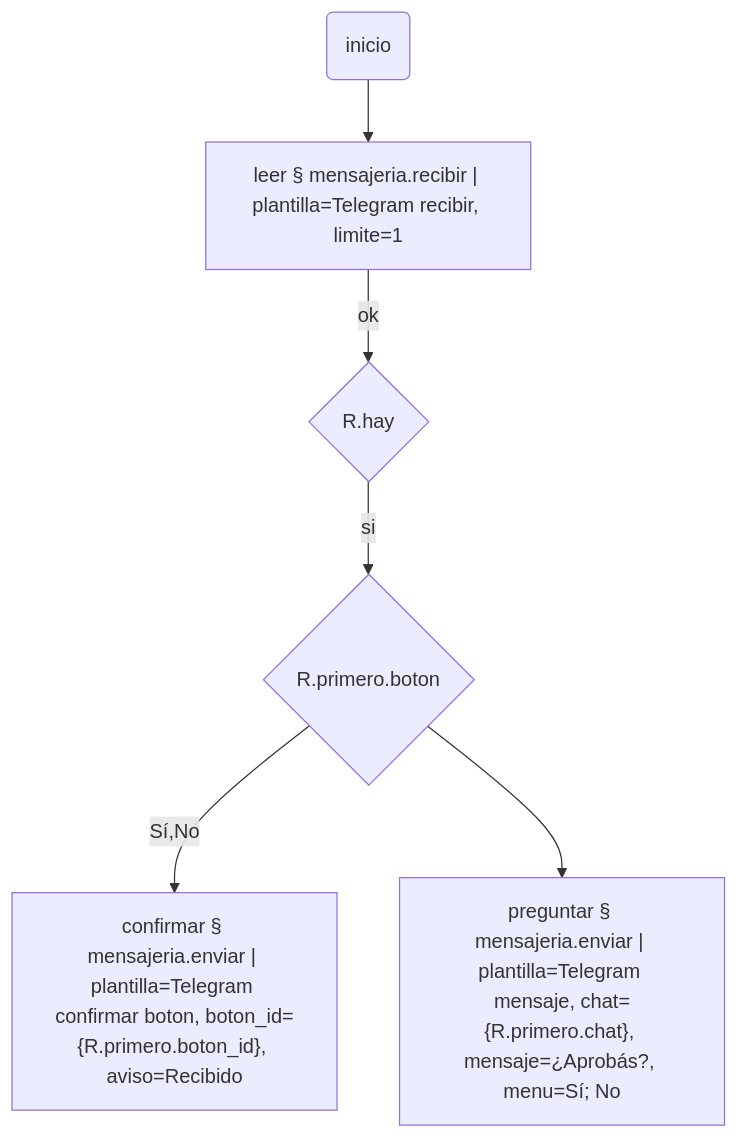
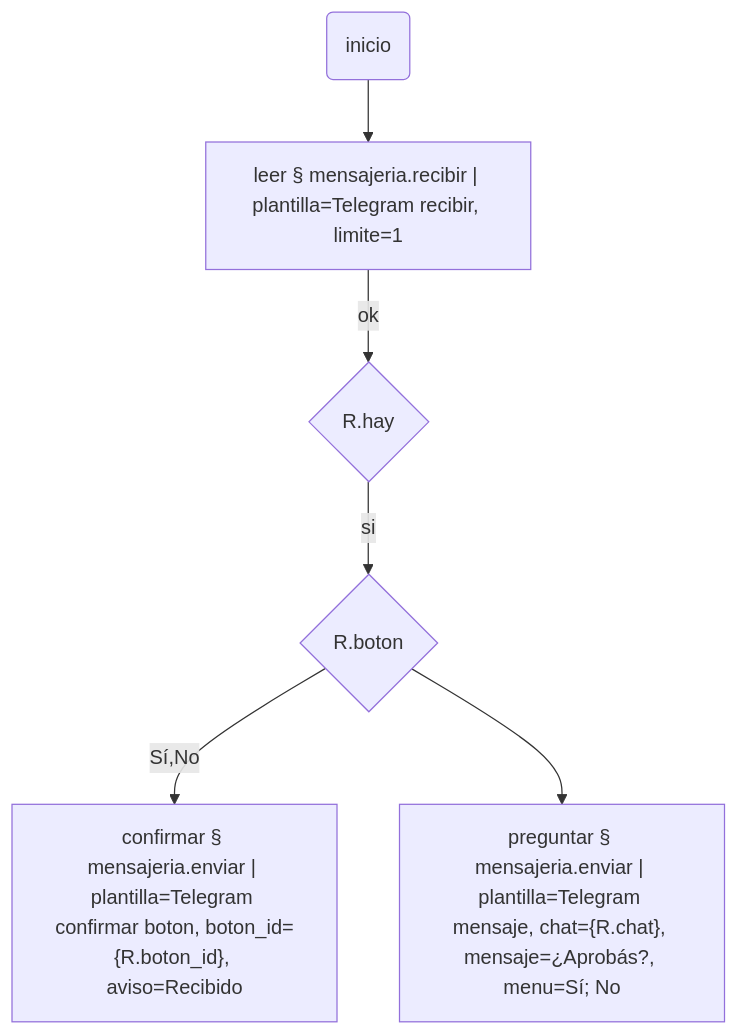
The diagram in mensajeria/README.md (EasyIndustry/workflow-bot-plugins), drawn with Mermaid before and after one commit. The commit also changed other lines of this file and 2 other files, not shown here.

Commit message:
mensajeria: recibir deja las columnas del primer mensaje sueltas
{chat}, {texto}, {boton}… en vez de {R.primero.chat}: es lo que un flujo usa
casi siempre y la tarjeta no mostraba cómo llegar. Son las columnas de
'salida' de la plantilla (extra_outputs), vacías si no llegó nada para que
un rombo sobre {boton} no se quede sin valor.

````diff
--- a/mensajeria/README.md
+++ b/mensajeria/README.md
@@ -110,14 +110,14 @@
 ```mermaid
 flowchart TD
     SN(inicio)
     R["leer § mensajeria.recibir | plantilla=Telegram recibir, limite=1"]
     D{R.hay}
-    B{R.primero.boton}
-    P["preguntar § mensajeria.enviar | plantilla=Telegram mensaje, chat={R.primero.chat}, mensaje=¿Aprobás?, menu=Sí; No"]
-    C["confirmar § mensajeria.enviar | plantilla=Telegram confirmar boton, boton_id={R.primero.boton_id}, aviso=Recibido"]
+    B{R.boton}
+    P["preguntar § mensajeria.enviar | plantilla=Telegram mensaje, chat={R.chat}, mensaje=¿Aprobás?, menu=Sí; No"]
+    C["confirmar § mensajeria.enviar | plantilla=Telegram confirmar boton, boton_id={R.boton_id}, aviso=Recibido"]
     SN --> R
     R -->|ok| D
     D -->|si| B
     B -->|Sí,No| C
     B --> P
 ```
````
